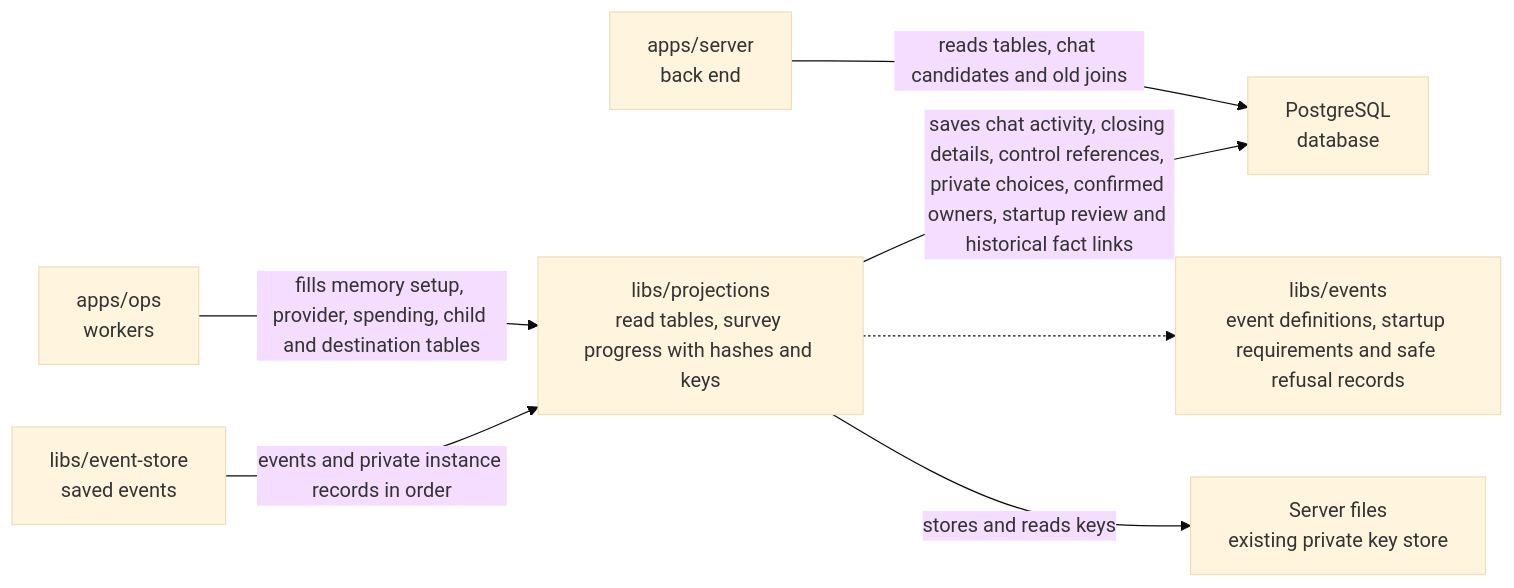
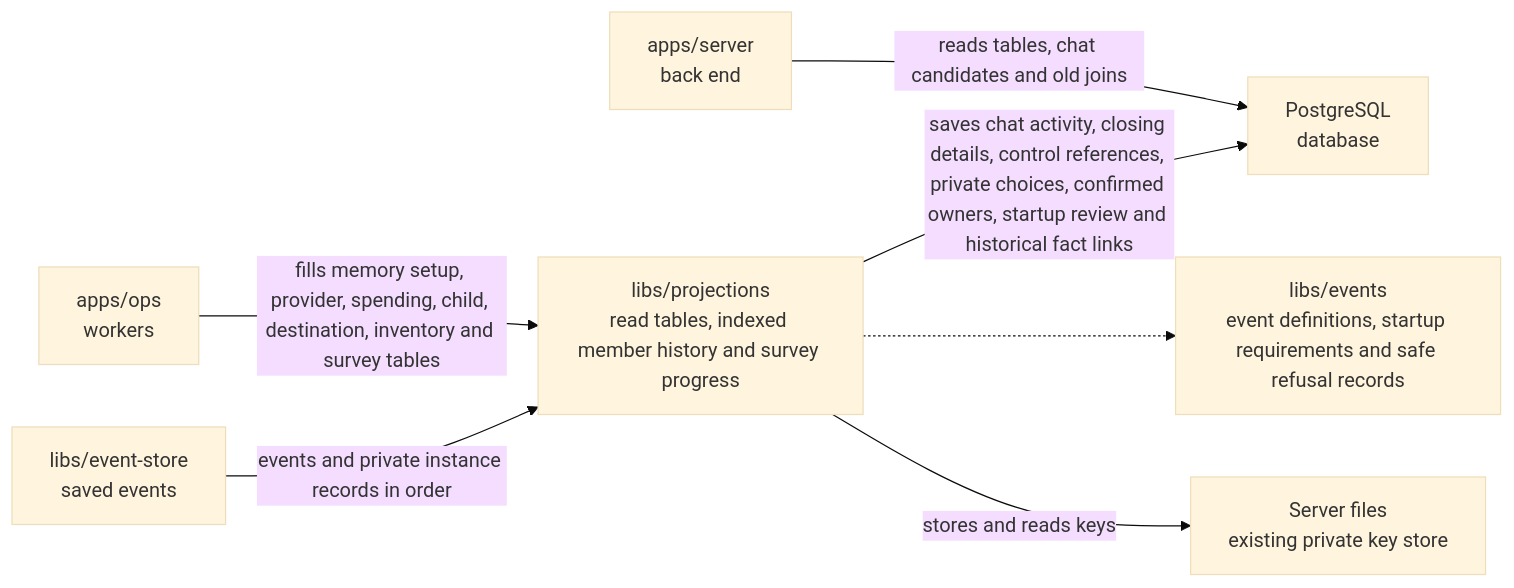
Before and after one commit to elewa-git/opencrane-new: the diagram in libs/projections/README.md, drawn with Mermaid (base theme). The commit also changed other lines of this file and 27 other files, not shown here.

First line of the commit message:
📇 Departure reviews read exact member inventory and refuse to call an oversized list complete (#344)

````diff
--- a/libs/projections/README.md
+++ b/libs/projections/README.md
@@ -23,9 +23,9 @@
 ```mermaid
 flowchart LR
-  ops["apps/ops<br/>workers"] -->|fills memory setup, provider, spending, child and destination tables| projections["libs/projections<br/>read tables, survey progress with hashes and keys"]
+  ops["apps/ops<br/>workers"] -->|fills memory setup, provider, spending, child, destination, inventory and survey tables| projections["libs/projections<br/>read tables, indexed member history and survey progress"]
   server["apps/server<br/>back end"] -->|reads tables, chat candidates and old joins| pg["PostgreSQL<br/>database"]
   projections -->|saves chat activity, closing details, control references, private choices, confirmed owners, startup review and historical fact links| pg
   store["libs/event-store<br/>saved events"] -->|events and private instance records in order| projections
   projections -.-> events["libs/events<br/>event definitions, startup requirements and safe refusal records"]
   projections -->|stores and reads keys| keys["Server files<br/>existing private key store"]
 ```
````
